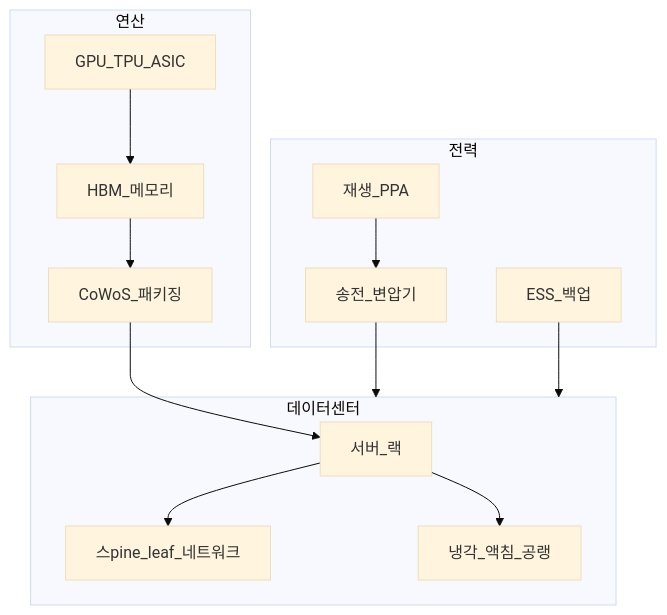
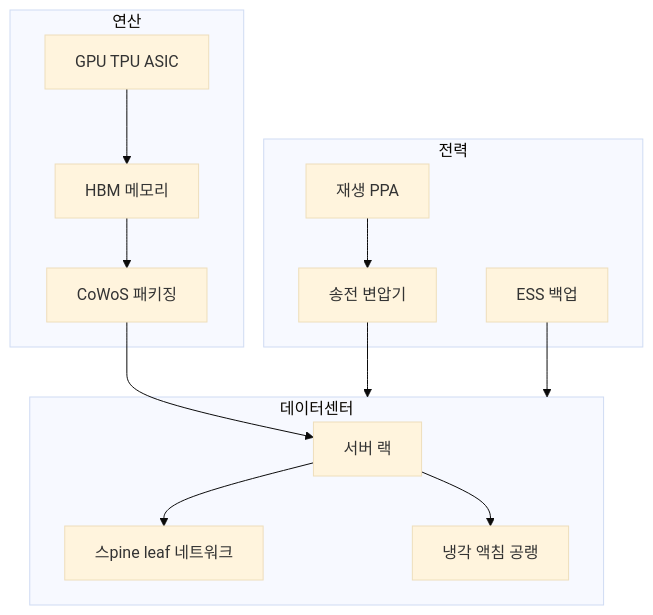
Before and after one commit to goldanghenry/Finances: the first of 3 diagrams in 03-markets/sectors/ai-infrastructure.md, drawn with Mermaid (base theme). The commit also changed other lines of this file and 211 other files, not shown here.

````diff
--- a/03-markets/sectors/ai-infrastructure.md
+++ b/03-markets/sectors/ai-infrastructure.md
@@ -121,24 +130,24 @@
 ```mermaid
 flowchart TB
   subgraph compute [연산]
-    GPU[GPU_TPU_ASIC]
-    HBM[HBM_메모리]
-    PKG[CoWoS_패키징]
+    GPU["GPU TPU ASIC"]
+    HBM["HBM 메모리"]
+    PKG["CoWoS 패키징"]
   end
   subgraph dc [데이터센터]
-    Server[서버_랙]
-    Net[스pine_leaf_네트워크]
-    Cool[냉각_액침_공랭]
+    Server["서버 랙"]
+    Net["스pine leaf 네트워크"]
+    Cool["냉각 액침 공랭"]
   end
   subgraph power [전력]
-    Grid[송전_변압기]
-    ESS[ESS_백업]
-    Renew[재생_PPA]
+    Grid["송전 변압기"]
+    ESS["ESS 백업"]
+    Renew["재생 PPA"]
   end
   GPU --> HBM --> PKG --> Server
   Server --> Net
   Server --> Cool
   Grid --> dc
   ESS --> dc
   Renew --> Grid
 ```
````
